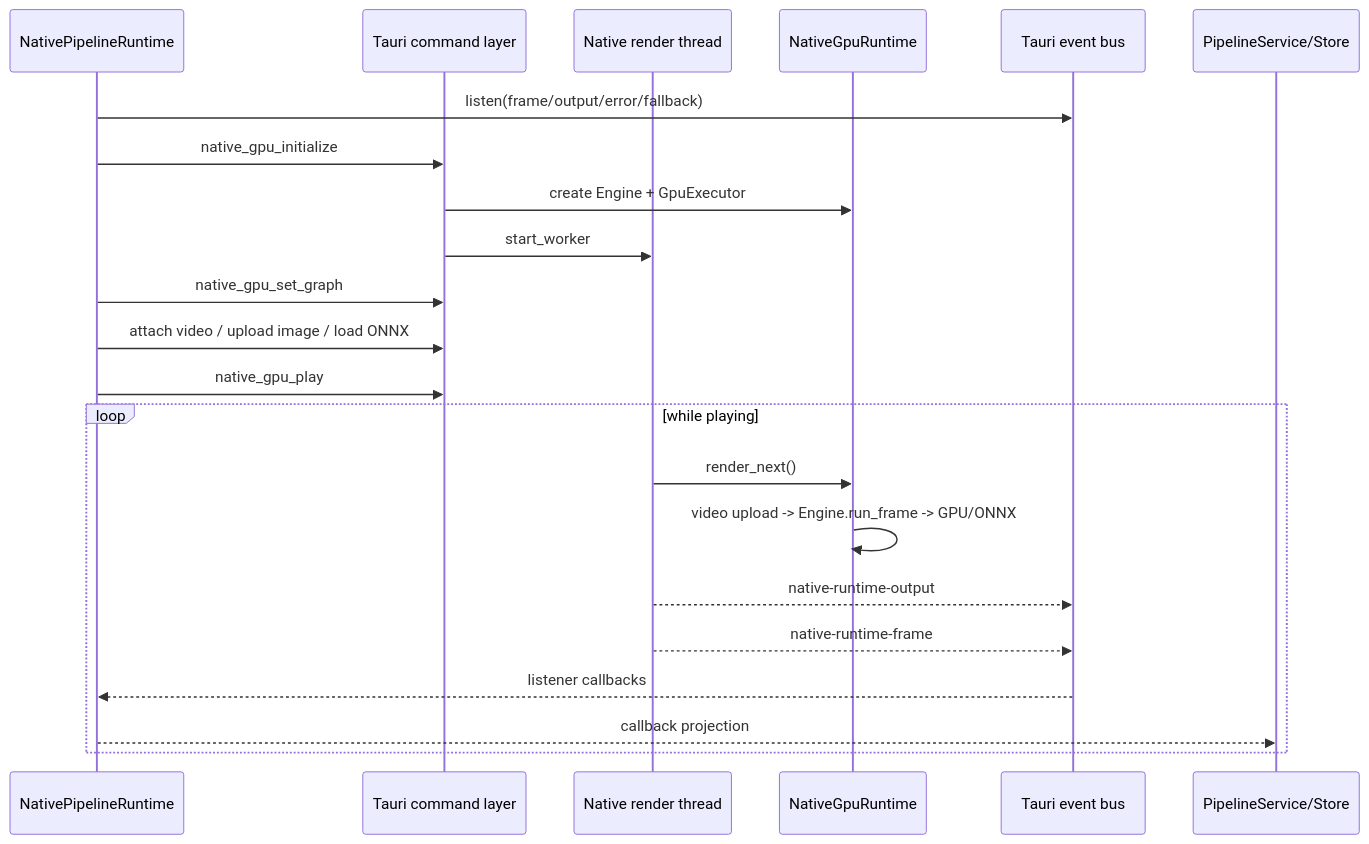
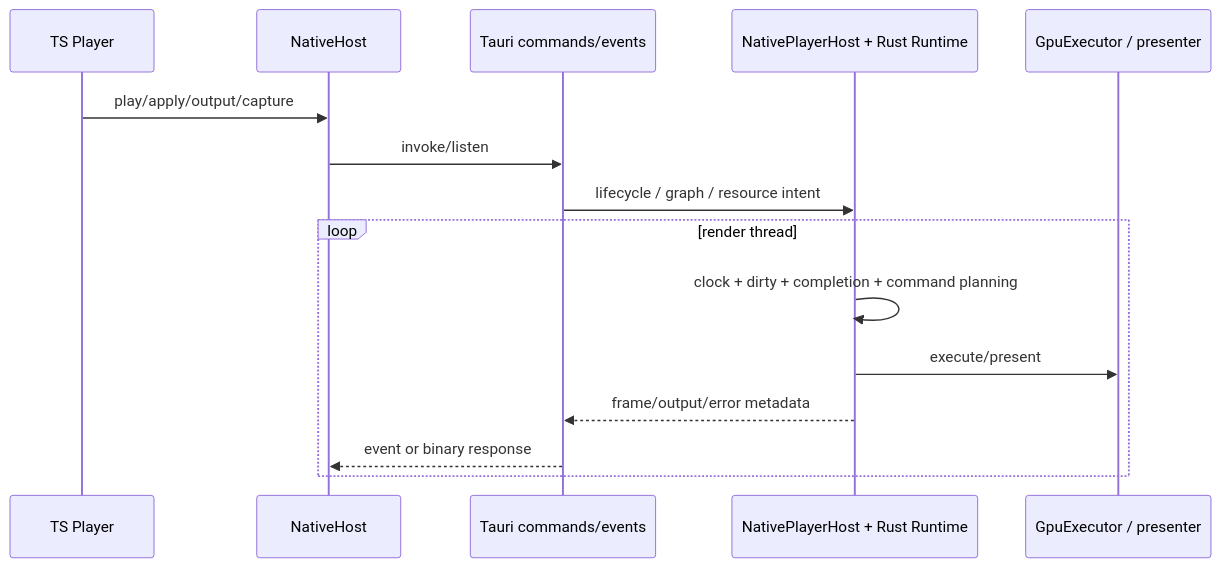
The ninth of 12 diagrams in docs/DESIGN.md (sanitor/open_quartz), drawn with Mermaid before and after one commit. The commit also changed other lines of this file, not shown here.

Commit message:
docs: update architecture baseline and thin TypeScript roadmap

````diff
--- a/docs/DESIGN.md
+++ b/docs/DESIGN.md
@@ -612,27 +870,18 @@
 ```mermaid
 sequenceDiagram
-    participant TS as NativePipelineRuntime
-    participant Cmd as Tauri command layer
-    participant Worker as Native render thread
-    participant Core as NativeGpuRuntime
-    participant Event as Tauri event bus
-    participant Store as PipelineService/Store
+    participant UI as TS Player
+    participant Host as NativeHost
+    participant Cmd as Tauri commands/events
+    participant Core as NativePlayerHost + Rust Runtime
+    participant GPU as GpuExecutor / presenter
 
-    TS->>Event: listen(frame/output/error/fallback)
-    TS->>Cmd: native_gpu_initialize
-    Cmd->>Core: create Engine + GpuExecutor
-    Cmd->>Worker: start_worker
-
-    TS->>Cmd: native_gpu_set_graph
-    TS->>Cmd: attach video / upload image / load ONNX
-    TS->>Cmd: native_gpu_play
-
-    loop while playing
-        Worker->>Core: render_next()
-        Core->>Core: video upload -> Engine.run_frame -> GPU/ONNX
-        Worker-->>Event: native-runtime-output
-        Worker-->>Event: native-runtime-frame
-        Event-->>TS: listener callbacks
-        TS-->>Store: callback projection
+    UI->>Host: play/apply/output/capture
+    Host->>Cmd: invoke/listen
+    Cmd->>Core: lifecycle / graph / resource intent
+    loop render thread
+        Core->>Core: clock + dirty + completion + command planning
+        Core->>GPU: execute/present
+        Core-->>Cmd: frame/output/error metadata
+        Cmd-->>Host: event or binary response
     end
 ```
````
